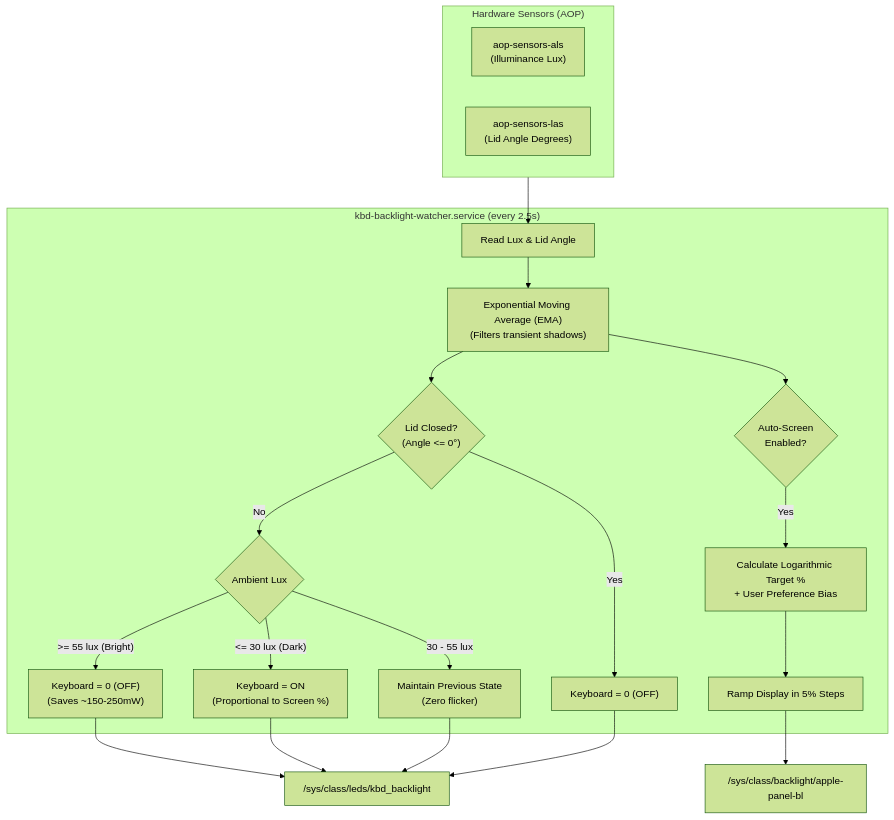
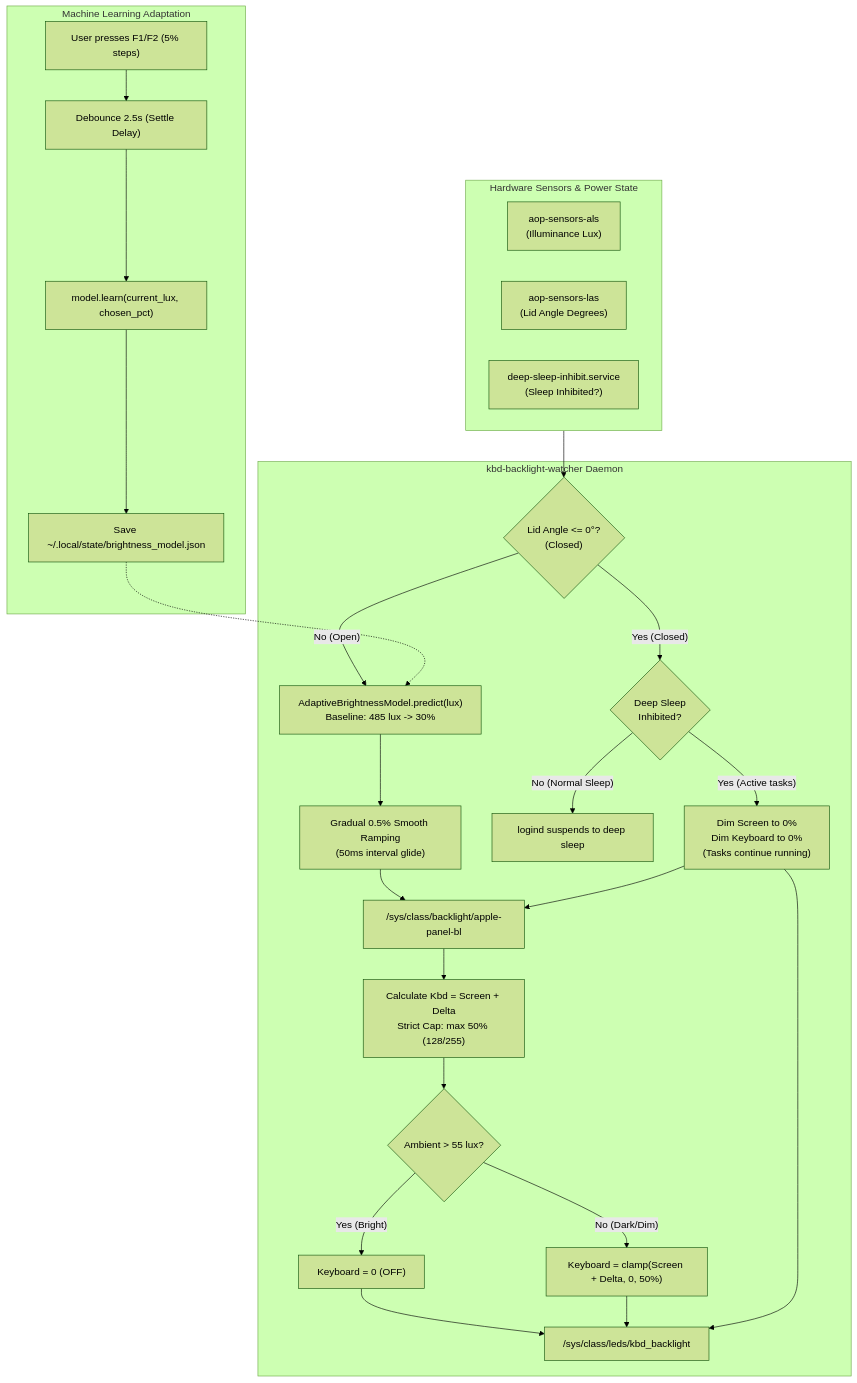
One commit to Davide-Resigotti/dotfiles changed the diagram in docs/battery-optimization/display-and-keyboard.md. Above: the diagram before and after it, drawn with Mermaid (forest theme). The commit also changed other lines of this file and 11 other files, not shown here.

Commit message:
feat(backlight): implement ML adaptive brightness, 0.5% smooth ramping, kbd cap, and lid deep sleep integration

````diff
--- a/docs/battery-optimization/display-and-keyboard.md
+++ b/docs/battery-optimization/display-and-keyboard.md
@@ -40,29 +38,38 @@
 ```mermaid
 flowchart TD
-    subgraph Sensors ["Hardware Sensors (AOP)"]
+    subgraph Sensors ["Hardware Sensors & Power State"]
         ALS["aop-sensors-als<br/>(Illuminance Lux)"]
         LAS["aop-sensors-las<br/>(Lid Angle Degrees)"]
+        SleepState["deep-sleep-inhibit.service<br/>(Sleep Inhibited?)"]
     end
 
-    subgraph Daemon ["kbd-backlight-watcher.service (every 2.5s)"]
-        Read["Read Lux & Lid Angle"] --> Smooth["Exponential Moving Average (EMA)<br/>(Filters transient shadows)"]
-        Smooth --> Clamshell{"Lid Closed?<br/>(Angle <= 0°)"}
-        Clamshell -- "Yes" --> ForceOff["Keyboard = 0 (OFF)"]
-        Clamshell -- "No" --> Threshold{"Ambient Lux"}
+    subgraph Logic ["kbd-backlight-watcher Daemon"]
+        CheckLid{"Lid Angle <= 0°?<br/>(Closed)"}
         
-        Threshold -- ">= 55 lux (Bright)" --> KbdOff["Keyboard = 0 (OFF)<br/>(Saves ~150-250mW)"]
-        Threshold -- "<= 30 lux (Dark)" --> KbdOn["Keyboard = ON<br/>(Proportional to Screen %)"]
-        Threshold -- "30 - 55 lux" --> Hysteresis["Maintain Previous State<br/>(Zero flicker)"]
+        CheckLid -- "Yes (Closed)" --> CheckInhibit{"Deep Sleep<br/>Inhibited?"}
+        CheckInhibit -- "Yes (Active tasks)" --> DimZero["Dim Screen to 0%<br/>Dim Keyboard to 0%<br/>(Tasks continue running)"]
+        CheckInhibit -- "No (Normal Sleep)" --> NormalSleep["logind suspends to deep sleep"]
         
-        Smooth --> ScreenCheck{"Auto-Screen<br/>Enabled?"}
-        ScreenCheck -- "Yes" --> LogCurve["Calculate Logarithmic Target %<br/>+ User Preference Bias"]
-        LogCurve --> StepScreen["Ramp Display in 5% Steps"]
+        CheckLid -- "No (Open)" --> MLPredict["AdaptiveBrightnessModel.predict(lux)<br/>Baseline: 485 lux -> 30%"]
+        MLPredict --> SmoothRamp["Gradual 0.5% Smooth Ramping<br/>(50ms interval glide)"]
+        SmoothRamp --> SetScreen["/sys/class/backlight/apple-panel-bl"]
+        
+        SetScreen --> KbdDelta["Calculate Kbd = Screen + Delta<br/>Strict Cap: max 50% (128/255)"]
+        KbdDelta --> CheckAmbient{"Ambient > 55 lux?"}
+        CheckAmbient -- "Yes (Bright)" --> KbdOff["Keyboard = 0 (OFF)"]
+        CheckAmbient -- "No (Dark/Dim)" --> KbdOn["Keyboard = clamp(Screen + Delta, 0, 50%)"]
+        KbdOff --> KBD["/sys/class/leds/kbd_backlight"]
+        KbdOn --> KBD
     end
 
-    Sensors --> Read
-    KbdOff --> KBD["/sys/class/leds/kbd_backlight"]
-    KbdOn --> KBD
-    Hysteresis --> KBD
-    ForceOff --> KBD
-    StepScreen --> BL["/sys/class/backlight/apple-panel-bl"]
+    subgraph MLFeedback ["Machine Learning Adaptation"]
+        UserKeys["User presses F1/F2 (5% steps)"] --> Debounce["Debounce 2.5s (Settle Delay)"]
+        Debounce --> Learn["model.learn(current_lux, chosen_pct)"]
+        Learn --> SaveModel["Save ~/.local/state/brightness_model.json"]
+        SaveModel -.-> MLPredict
+    end
+
+    Sensors --> CheckLid
+    DimZero --> SetScreen
+    DimZero --> KBD
 ```
````
